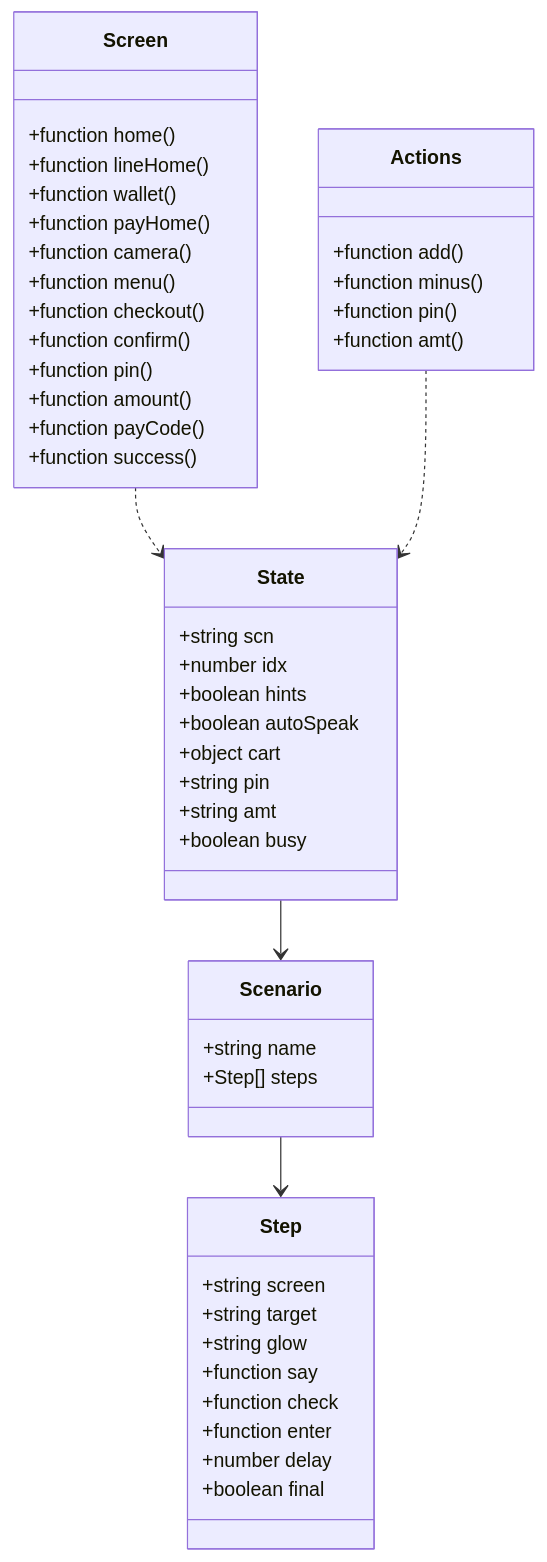
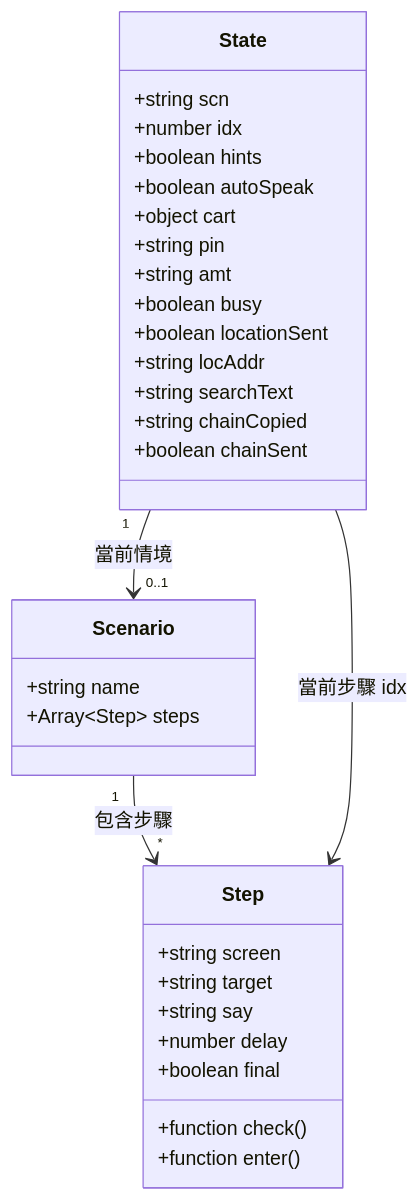
One commit to cuteman0725/phone-practice changed the third of 10 diagrams in script.md. Above: the diagram before and after it, drawn with Mermaid. The commit also changed other lines of this file and 8 other files, not shown here.

````diff
--- a/script.md
+++ b/script.md
@@ -44,56 +97,37 @@
 ```mermaid
 classDiagram
     class State {
         +string scn
         +number idx
         +boolean hints
         +boolean autoSpeak
         +object cart
         +string pin
         +string amt
         +boolean busy
+        +boolean locationSent
+        +string locAddr
+        +string searchText
+        +string chainCopied
+        +boolean chainSent
     }
     
     class Scenario {
         +string name
-        +Step[] steps
+        +Array~Step~ steps
     }
     
     class Step {
         +string screen
         +string target
-        +string glow
-        +function say
-        +function check
-        +function enter
+        +string say
+        +function check()
+        +function enter()
         +number delay
         +boolean final
     }
     
-    class Screen {
-        +function home()
-        +function lineHome()
-        +function wallet()
-        +function payHome()
-        +function camera()
-        +function menu()
-        +function checkout()
-        +function confirm()
-        +function pin()
-        +function amount()
-        +function payCode()
-        +function success()
-    }
-    
-    class Actions {
-        +function add()
-        +function minus()
-        +function pin()
-        +function amt()
-    }
-    
-    State --> Scenario
-    Scenario --> Step
-    Screen ..> State
-    Actions ..> State
+    State "1" --> "0..1" Scenario : 當前情境
+    Scenario "1" --> "*" Step : 包含步驟
+    State --> Step : 當前步驟 idx
 ```
````
